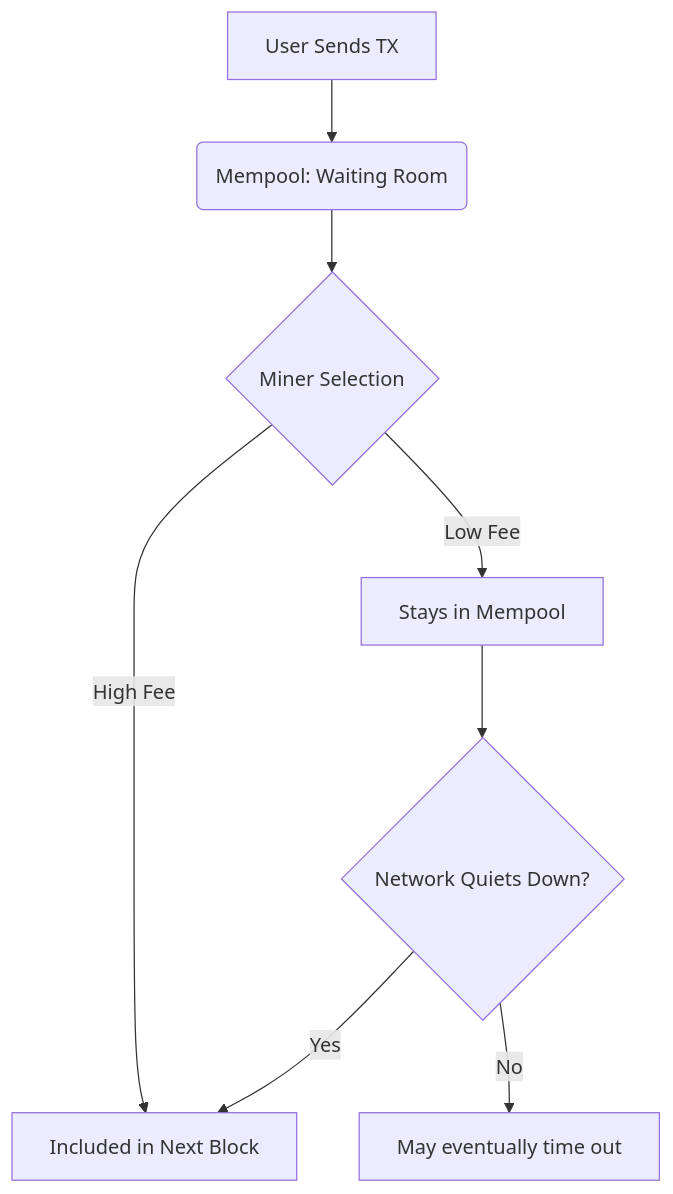
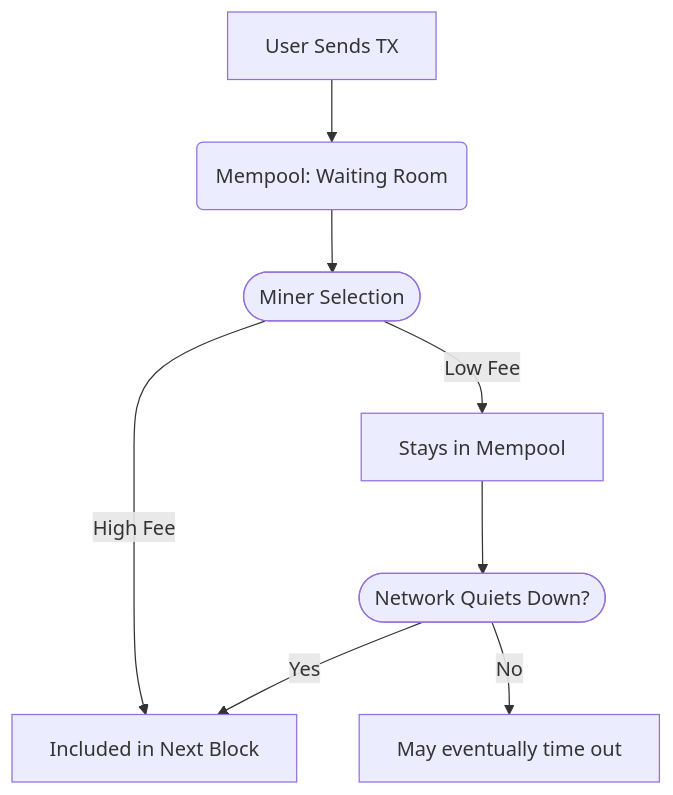
The diagram in src/content/blog/en/bitcoin-transaction-fees.mdx (annabraun015-stack/krypto-watch), drawn with Mermaid before and after one commit. The commit also changed 10 other files, not shown here.

```diff
--- a/src/content/blog/en/bitcoin-transaction-fees.mdx
+++ b/src/content/blog/en/bitcoin-transaction-fees.mdx
@@ -62,10 +62,10 @@
 <div class="mermaid">
 graph TD
     A[User Sends TX] --> B(Mempool: Waiting Room)
-    B --> C{Miner Selection}
+    B --> C([Miner Selection])
     C -- High Fee --> D[Included in Next Block]
     C -- Low Fee --> E[Stays in Mempool]
-    E --> F{Network Quiets Down?}
+    E --> F([Network Quiets Down?])
     F -- Yes --> D
     F -- No --> G[May eventually time out]
 </div>
```
